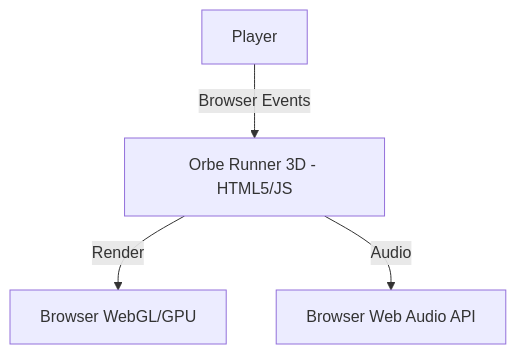
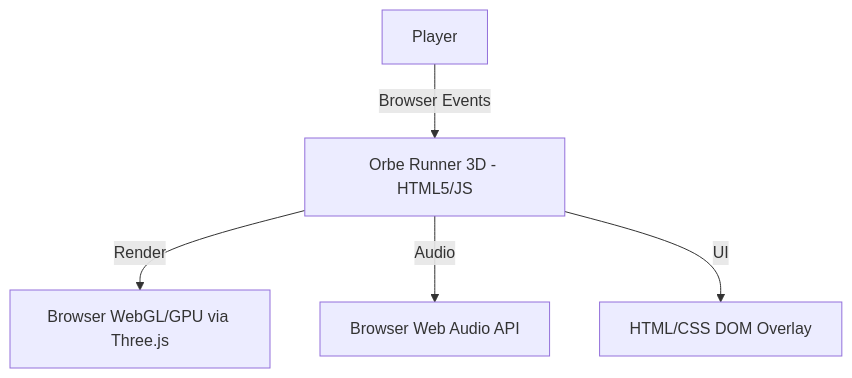
One commit to Nain9Dev/orbe-runner-3d changed the first of 2 diagrams in docs/20-architecture.md. Above: the diagram before and after it, drawn with Mermaid. The commit also changed other lines of this file and 17 other files, not shown here.

````diff
--- a/docs/20-architecture.md
+++ b/docs/20-architecture.md
@@ -7,6 +7,7 @@
 ```mermaid
 graph TD
     User[Player] -->|Browser Events| Game[Orbe Runner 3D - HTML5/JS]
-    Game -->|Render| WebGL[Browser WebGL/GPU]
+    Game -->|Render| WebGL[Browser WebGL/GPU via Three.js]
     Game -->|Audio| WebAudio[Browser Web Audio API]
+    Game -->|UI| DOM[HTML/CSS DOM Overlay]
 ```
````
